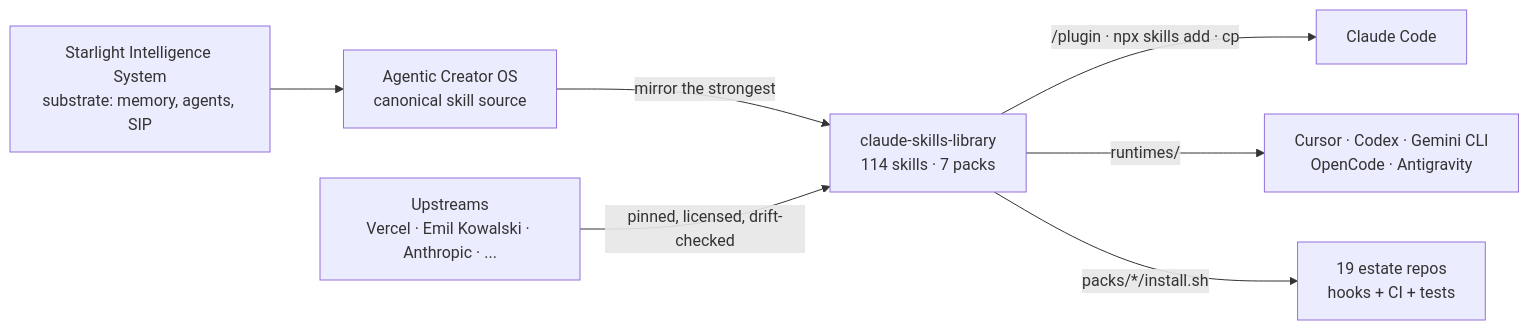
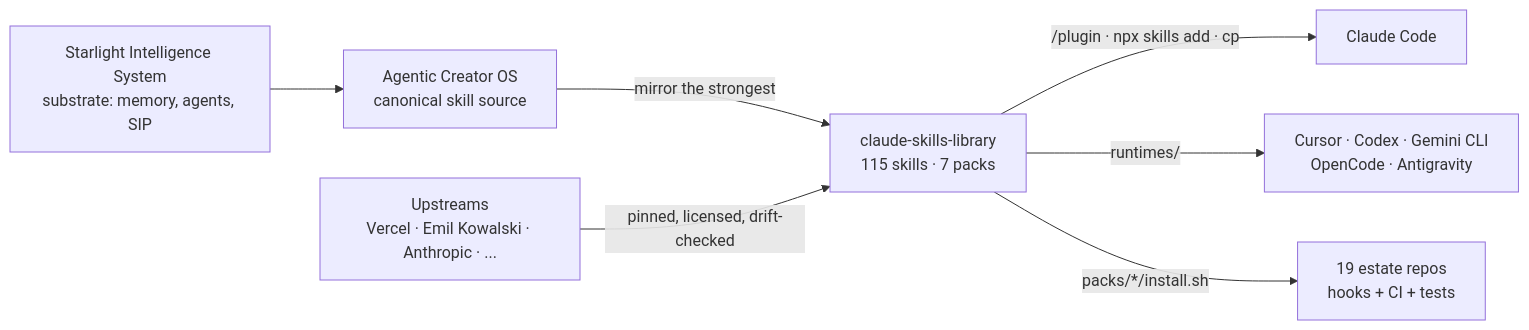
Before and after one commit to frankxai/claude-skills-library: the diagram in README.md, drawn with Mermaid. The commit also changed other lines of this file and 3 other files, not shown here.

````diff
--- a/README.md
+++ b/README.md
@@ -185,9 +185,9 @@
 ```mermaid
 flowchart LR
     SIS["Starlight Intelligence System<br/>substrate: memory, agents, SIP"] --> ACOS["Agentic Creator OS<br/>canonical skill source"]
-    ACOS -->|"mirror the strongest"| LIB["claude-skills-library<br/>114 skills · 7 packs"]
+    ACOS -->|"mirror the strongest"| LIB["claude-skills-library<br/>115 skills · 7 packs"]
     UP["Upstreams<br/>Vercel · Emil Kowalski · Anthropic · ..."] -->|"pinned, licensed, drift-checked"| LIB
     LIB -->|"/plugin · npx skills add · cp"| CC["Claude Code"]
     LIB -->|"runtimes/"| RT["Cursor · Codex · Gemini CLI<br/>OpenCode · Antigravity"]
     LIB -->|"packs/*/install.sh"| REPOS["19 estate repos<br/>hooks + CI + tests"]
 ```
````
